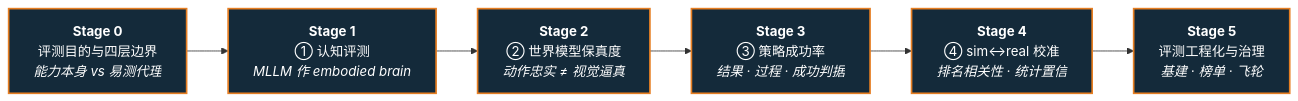
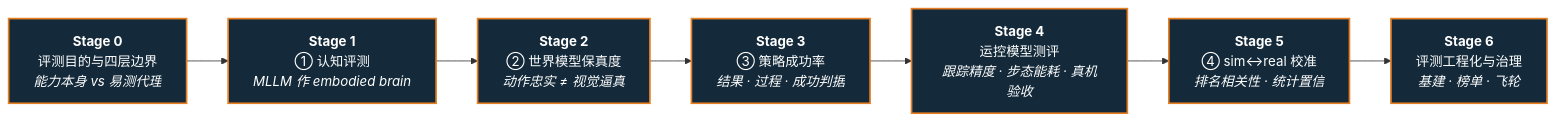
The diagram in roadmap/depth-embodied-eval.md (ImChong/Robotics_Notebooks), drawn with Mermaid before and after one commit. The commit also changed other lines of this file and 12 other files, not shown here.

First line of the commit message:
structural: 具身模型测评路线补 Stage 4「运控模型测评」

````diff
--- a/roadmap/depth-embodied-eval.md
+++ b/roadmap/depth-embodied-eval.md
@@ -7,14 +7,15 @@
 ```mermaid
 flowchart LR
   S0["<b>Stage 0</b><br/>评测目的与四层边界<br/><em>能力本身 vs 易测代理</em>"]
   S1["<b>Stage 1</b><br/>① 认知评测<br/><em>MLLM 作 embodied brain</em>"]
   S2["<b>Stage 2</b><br/>② 世界模型保真度<br/><em>动作忠实 ≠ 视觉逼真</em>"]
   S3["<b>Stage 3</b><br/>③ 策略成功率<br/><em>结果 · 过程 · 成功判据</em>"]
-  S4["<b>Stage 4</b><br/>④ sim↔real 校准<br/><em>排名相关性 · 统计置信</em>"]
-  S5["<b>Stage 5</b><br/>评测工程化与治理<br/><em>基建 · 榜单 · 飞轮</em>"]
+  S4["<b>Stage 4</b><br/>运控模型测评<br/><em>跟踪精度 · 步态能耗 · 真机验收</em>"]
+  S5["<b>Stage 5</b><br/>④ sim↔real 校准<br/><em>排名相关性 · 统计置信</em>"]
+  S6["<b>Stage 6</b><br/>评测工程化与治理<br/><em>基建 · 榜单 · 飞轮</em>"]
 
-  S0 --> S1 --> S2 --> S3 --> S4 --> S5
+  S0 --> S1 --> S2 --> S3 --> S4 --> S5 --> S6
 
   classDef stage fill:#142a3a,stroke:#e67e22,stroke-width:2px,color:#fff
-  class S0,S1,S2,S3,S4,S5 stage
+  class S0,S1,S2,S3,S4,S5,S6 stage
 ```
````
